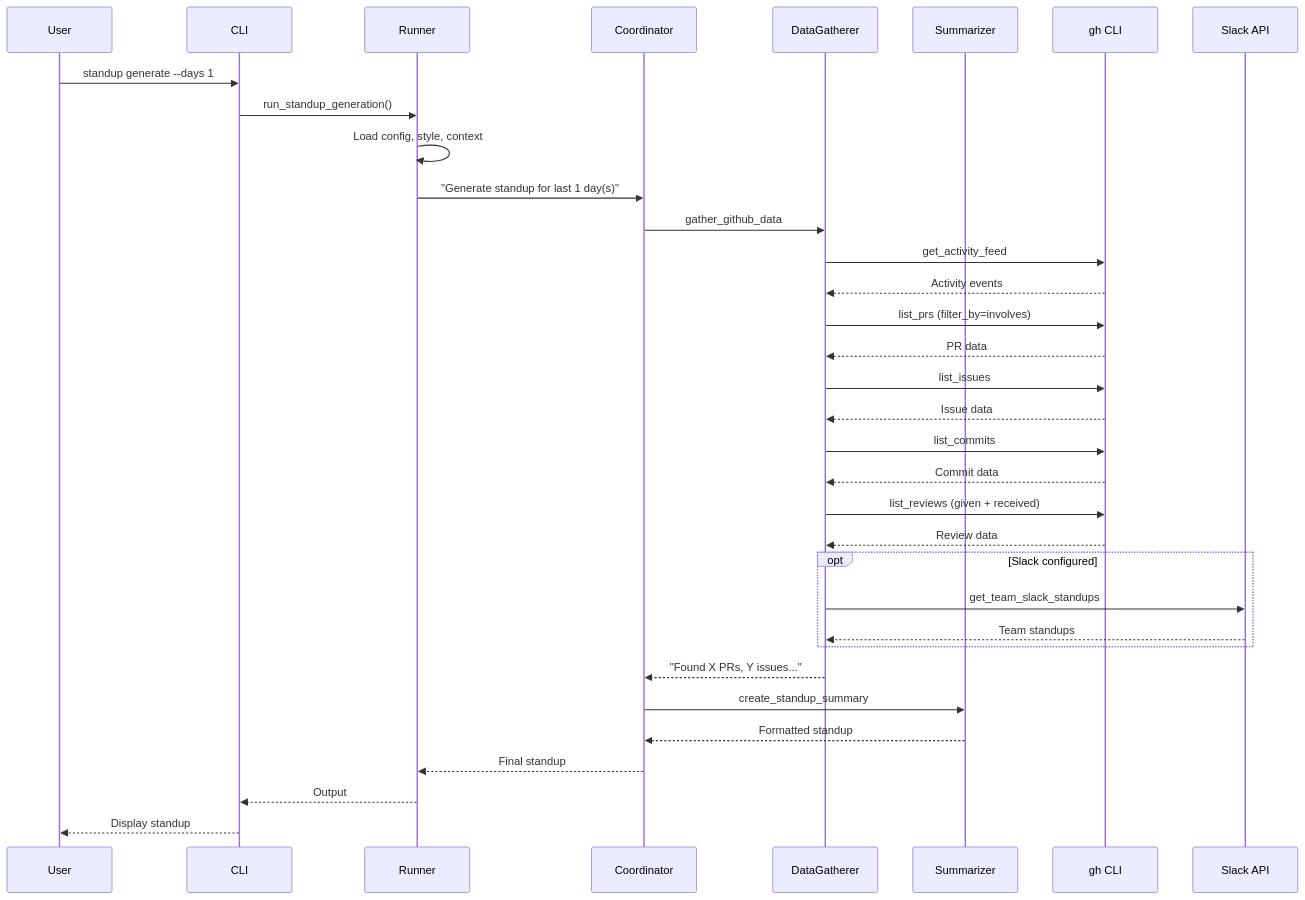
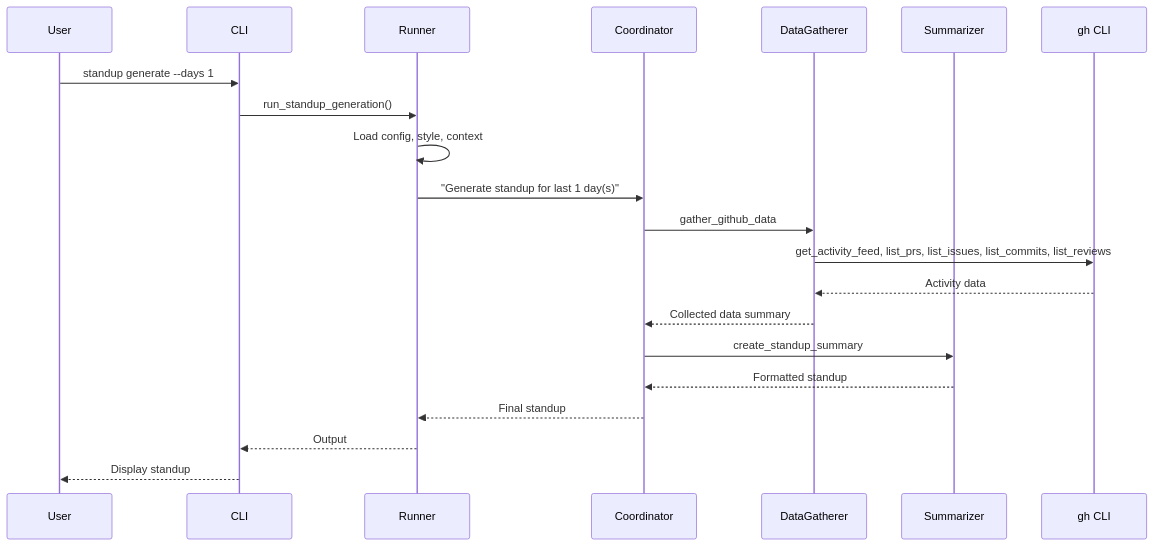
The third of 3 diagrams in ARCHITECTURE.md (andrewm4894/github-standup-agent), drawn with Mermaid before and after one commit. The commit also changed other lines of this file, not shown here.

First line of the commit message:
docs: condense ARCHITECTURE.md, fix missing tools in diagrams

````diff
--- a/ARCHITECTURE.md
+++ b/ARCHITECTURE.md
@@ -116,42 +109,27 @@
 ```mermaid
 sequenceDiagram
     participant User
     participant CLI
     participant Runner
     participant Coordinator
     participant DataGatherer
     participant Summarizer
     participant GitHub as gh CLI
-    participant Slack as Slack API
 
     User->>CLI: standup generate --days 1
     CLI->>Runner: run_standup_generation()
     Runner->>Runner: Load config, style, context
     Runner->>Coordinator: "Generate standup for last 1 day(s)"
 
     Coordinator->>DataGatherer: gather_github_data
-    DataGatherer->>GitHub: get_activity_feed
-    GitHub-->>DataGatherer: Activity events
-    DataGatherer->>GitHub: list_prs (filter_by=involves)
-    GitHub-->>DataGatherer: PR data
-    DataGatherer->>GitHub: list_issues
-    GitHub-->>DataGatherer: Issue data
-    DataGatherer->>GitHub: list_commits
-    GitHub-->>DataGatherer: Commit data
-    DataGatherer->>GitHub: list_reviews (given + received)
-    GitHub-->>DataGatherer: Review data
-
-    opt Slack configured
-        DataGatherer->>Slack: get_team_slack_standups
-        Slack-->>DataGatherer: Team standups
-    end
-
-    DataGatherer-->>Coordinator: "Found X PRs, Y issues..."
+    DataGatherer->>GitHub: get_activity_feed, list_prs, list_issues, list_commits, list_reviews
+    GitHub-->>DataGatherer: Activity data
+    DataGatherer-->>Coordinator: Collected data summary
 
     Coordinator->>Summarizer: create_standup_summary
     Summarizer-->>Coordinator: Formatted standup
 
     Coordinator-->>Runner: Final standup
     Runner-->>CLI: Output
     CLI-->>User: Display standup
 ```
````
